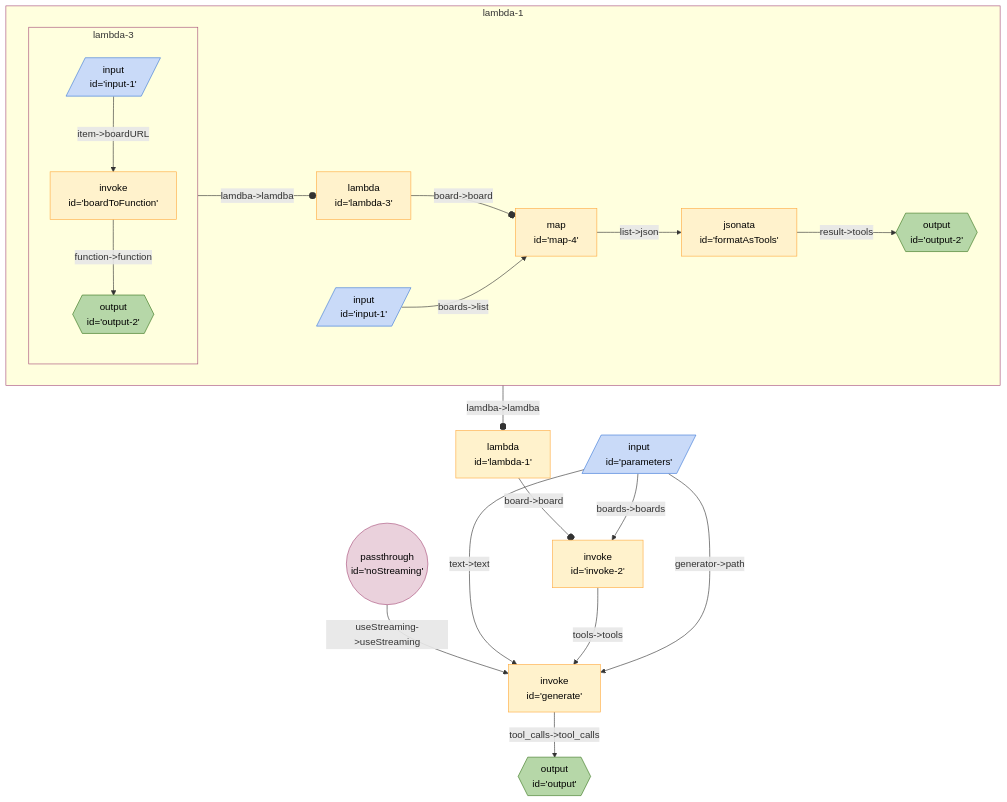
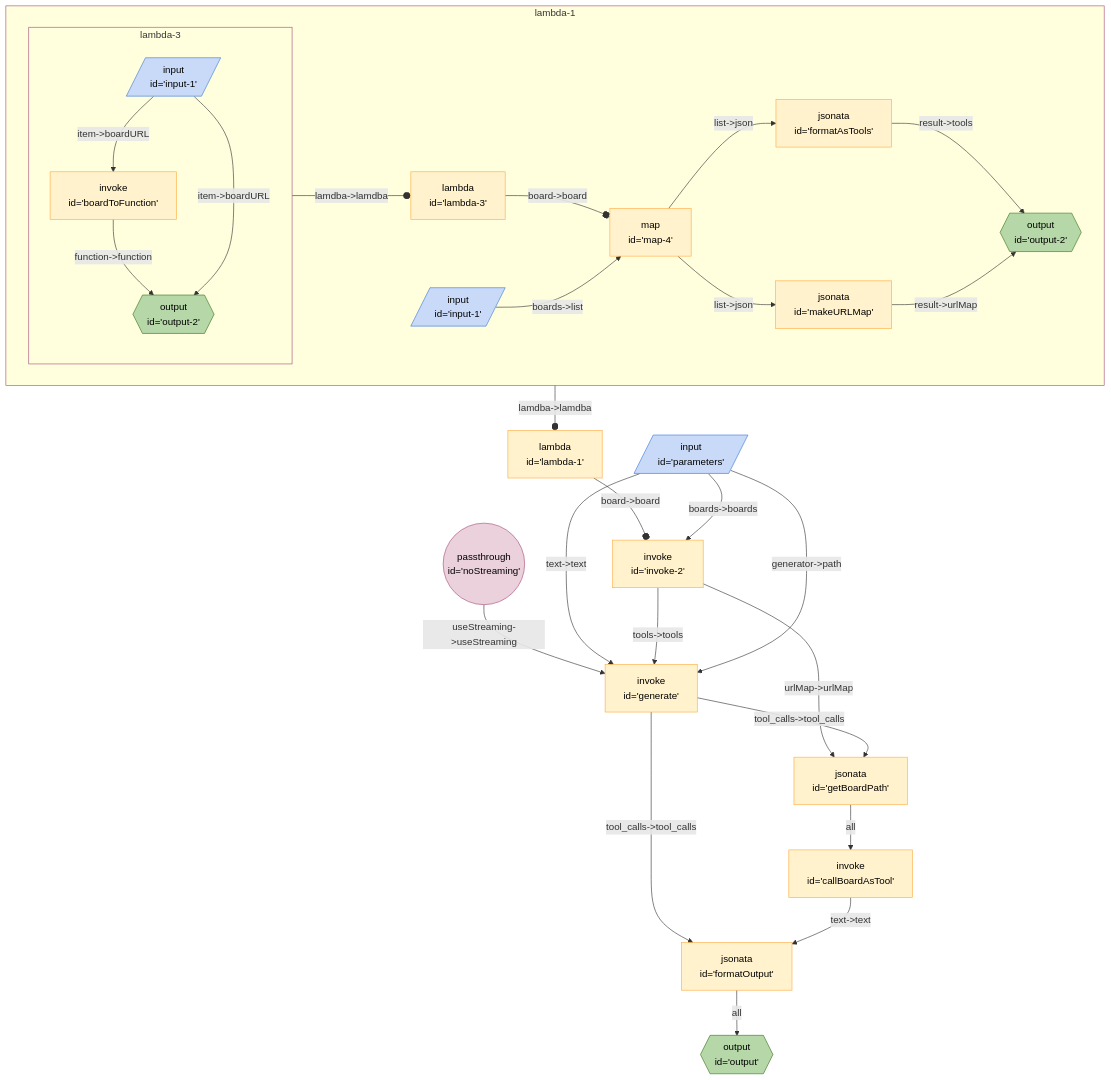
The diagram in seeds/breadboard-web/docs/graphs/board-caller.md (breadboard-ai/breadboard), drawn with Mermaid before and after one commit. The commit also changed 2 other files, not shown here.

Commit message:
[breadboard-web] A bit more progress on Board Caller.

````diff
--- a/seeds/breadboard-web/docs/graphs/board-caller.md
+++ b/seeds/breadboard-web/docs/graphs/board-caller.md
@@ -3,33 +3,41 @@
 ```mermaid
 %%{init: 'themeVariables': { 'fontFamily': 'Fira Code, monospace' }}%%
 graph TD;
 lambda1["lambda <br> id='lambda-1'"] -- "board->board" --o invoke2["invoke <br> id='invoke-2'"]
 subgraph sg_lambda1 [lambda-1]
 lambda1_lambda3["lambda <br> id='lambda-3'"] -- "board->board" --o lambda1_map4["map <br> id='map-4'"]
 subgraph sg_lambda3 [lambda-3]
 lambda1_lambda3_boardToFunction["invoke <br> id='boardToFunction'"] -- "function->function" --> lambda1_lambda3_output2{{"output <br> id='output-2'"}}:::output
 lambda1_lambda3_input1[/"input <br> id='input-1'"/]:::input -- "item->boardURL" --> lambda1_lambda3_boardToFunction["invoke <br> id='boardToFunction'"]
+lambda1_lambda3_input1[/"input <br> id='input-1'"/]:::input -- "item->boardURL" --> lambda1_lambda3_output2{{"output <br> id='output-2'"}}:::output
 end
 sg_lambda3:::slotted -- "lamdba->lamdba" --o lambda1_lambda3
 
 lambda1_formatAsTools["jsonata <br> id='formatAsTools'"] -- "result->tools" --> lambda1_output2{{"output <br> id='output-2'"}}:::output
 lambda1_map4["map <br> id='map-4'"] -- "list->json" --> lambda1_formatAsTools["jsonata <br> id='formatAsTools'"]
+lambda1_makeURLMap["jsonata <br> id='makeURLMap'"] -- "result->urlMap" --> lambda1_output2{{"output <br> id='output-2'"}}:::output
+lambda1_map4["map <br> id='map-4'"] -- "list->json" --> lambda1_makeURLMap["jsonata <br> id='makeURLMap'"]
 lambda1_input1[/"input <br> id='input-1'"/]:::input -- "boards->list" --> lambda1_map4["map <br> id='map-4'"]
 end
 sg_lambda1:::slotted -- "lamdba->lamdba" --o lambda1
 
 noStreaming(("passthrough <br> id='noStreaming'")):::passthrough -- "useStreaming->useStreaming" --> generate["invoke <br> id='generate'"]
+generate["invoke <br> id='generate'"] -- "tool_calls->tool_calls" --> formatOutput["jsonata <br> id='formatOutput'"]
 parameters[/"input <br> id='parameters'"/]:::input -- "text->text" --> generate["invoke <br> id='generate'"]
 invoke2["invoke <br> id='invoke-2'"] -- "tools->tools" --> generate["invoke <br> id='generate'"]
+invoke2["invoke <br> id='invoke-2'"] -- "urlMap->urlMap" --> getBoardPath["jsonata <br> id='getBoardPath'"]
 parameters[/"input <br> id='parameters'"/]:::input -- "boards->boards" --> invoke2["invoke <br> id='invoke-2'"]
-generate["invoke <br> id='generate'"] -- "tool_calls->tool_calls" --> output{{"output <br> id='output'"}}:::output
+formatOutput["jsonata <br> id='formatOutput'"] -- all --> output{{"output <br> id='output'"}}:::output
+callBoardAsTool["invoke <br> id='callBoardAsTool'"] -- "text->text" --> formatOutput["jsonata <br> id='formatOutput'"]
+getBoardPath["jsonata <br> id='getBoardPath'"] -- all --> callBoardAsTool["invoke <br> id='callBoardAsTool'"]
+generate["invoke <br> id='generate'"] -- "tool_calls->tool_calls" --> getBoardPath["jsonata <br> id='getBoardPath'"]
 parameters[/"input <br> id='parameters'"/]:::input -- "generator->path" --> generate["invoke <br> id='generate'"]
 classDef default stroke:#ffab40,fill:#fff2ccff,color:#000
 classDef input stroke:#3c78d8,fill:#c9daf8ff,color:#000
 classDef output stroke:#38761d,fill:#b6d7a8ff,color:#000
 classDef passthrough stroke:#a64d79,fill:#ead1dcff,color:#000
 classDef slot stroke:#a64d79,fill:#ead1dcff,color:#000
 classDef config stroke:#a64d79,fill:#ead1dcff,color:#000
 classDef secrets stroke:#db4437,fill:#f4cccc,color:#000
 classDef slotted stroke:#a64d79
 ```
````
